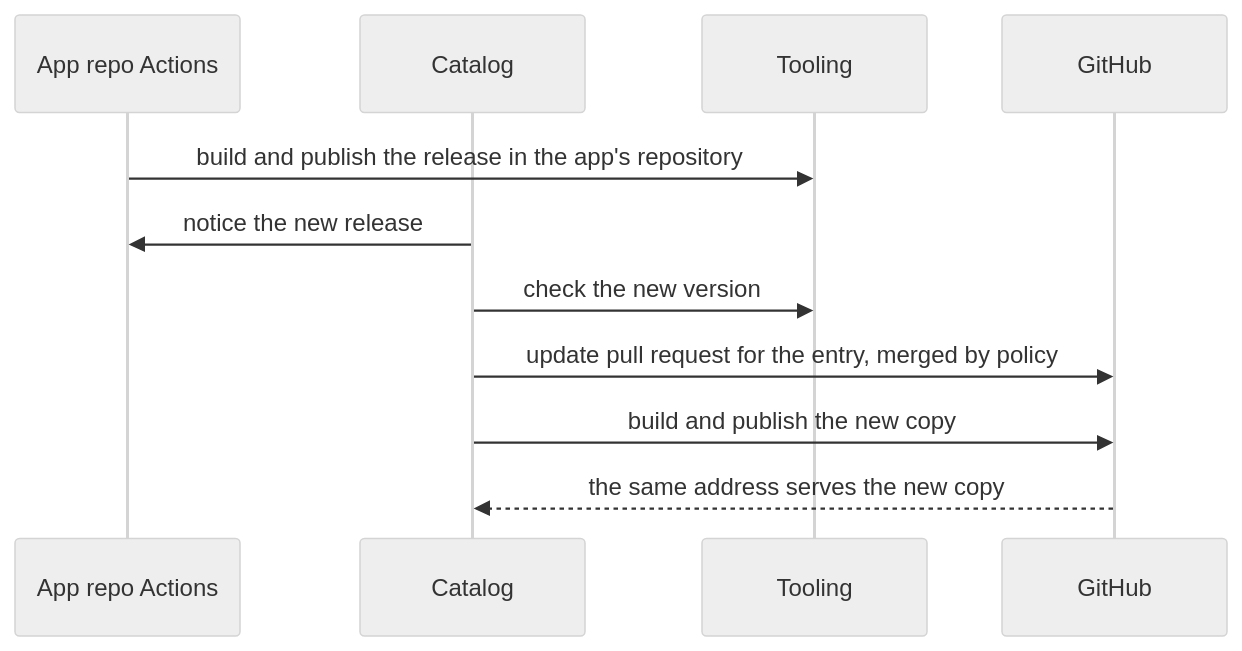
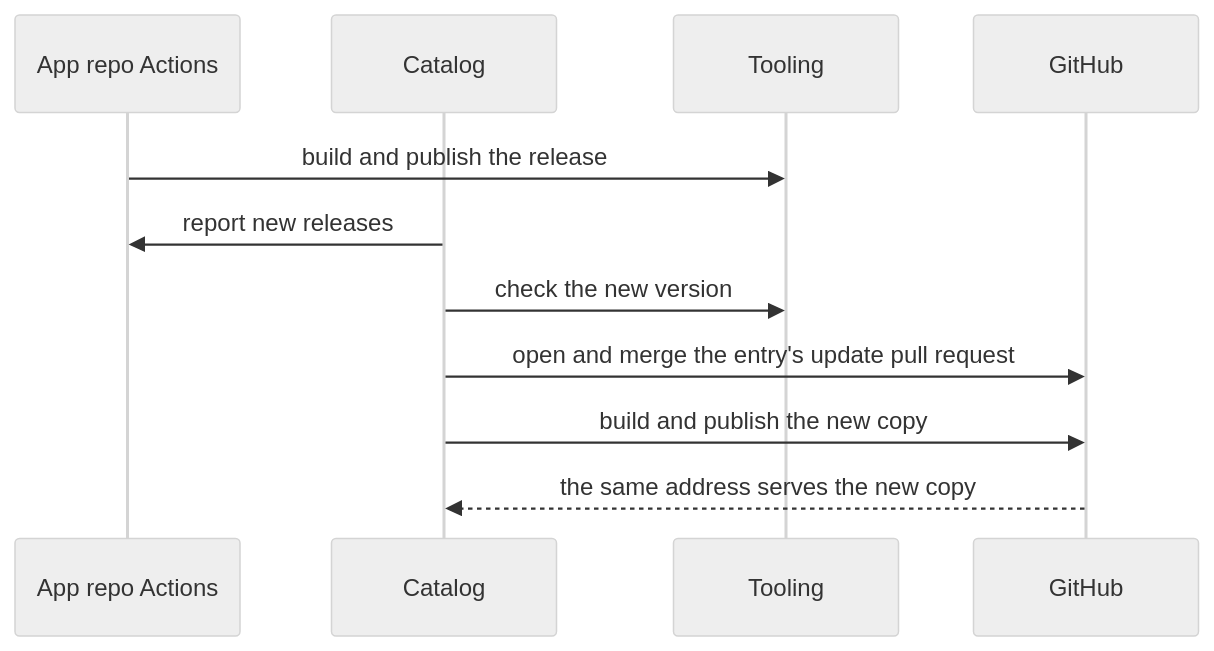
The fourth of 6 diagrams in docs/arc42/06-runtime-view.arc42.md (lernapps/docs), drawn with Mermaid (neutral theme) before and after one commit. The commit also changed other lines of this file and 3 other files, not shown here.

First line of the commit message:
docs(overview): draw the flows as sequence diagrams

````diff
--- a/docs/arc42/06-runtime-view.arc42.md
+++ b/docs/arc42/06-runtime-view.arc42.md
@@ -161,13 +162,13 @@
 ```mermaid
 sequenceDiagram
     participant appactions as App repo Actions
     participant catalog as Catalog
     participant tooling as Tooling
     participant github as GitHub
-    appactions->>tooling: build and publish the release in the app's repository
-    catalog->>appactions: notice the new release
+    appactions->>tooling: build and publish the release
+    catalog->>appactions: report new releases
     catalog->>tooling: check the new version
-    catalog->>github: update pull request for the entry, merged by policy
+    catalog->>github: open and merge the entry's update pull request
     catalog->>github: build and publish the new copy
     github-->>catalog: the same address serves the new copy
 ```
````
